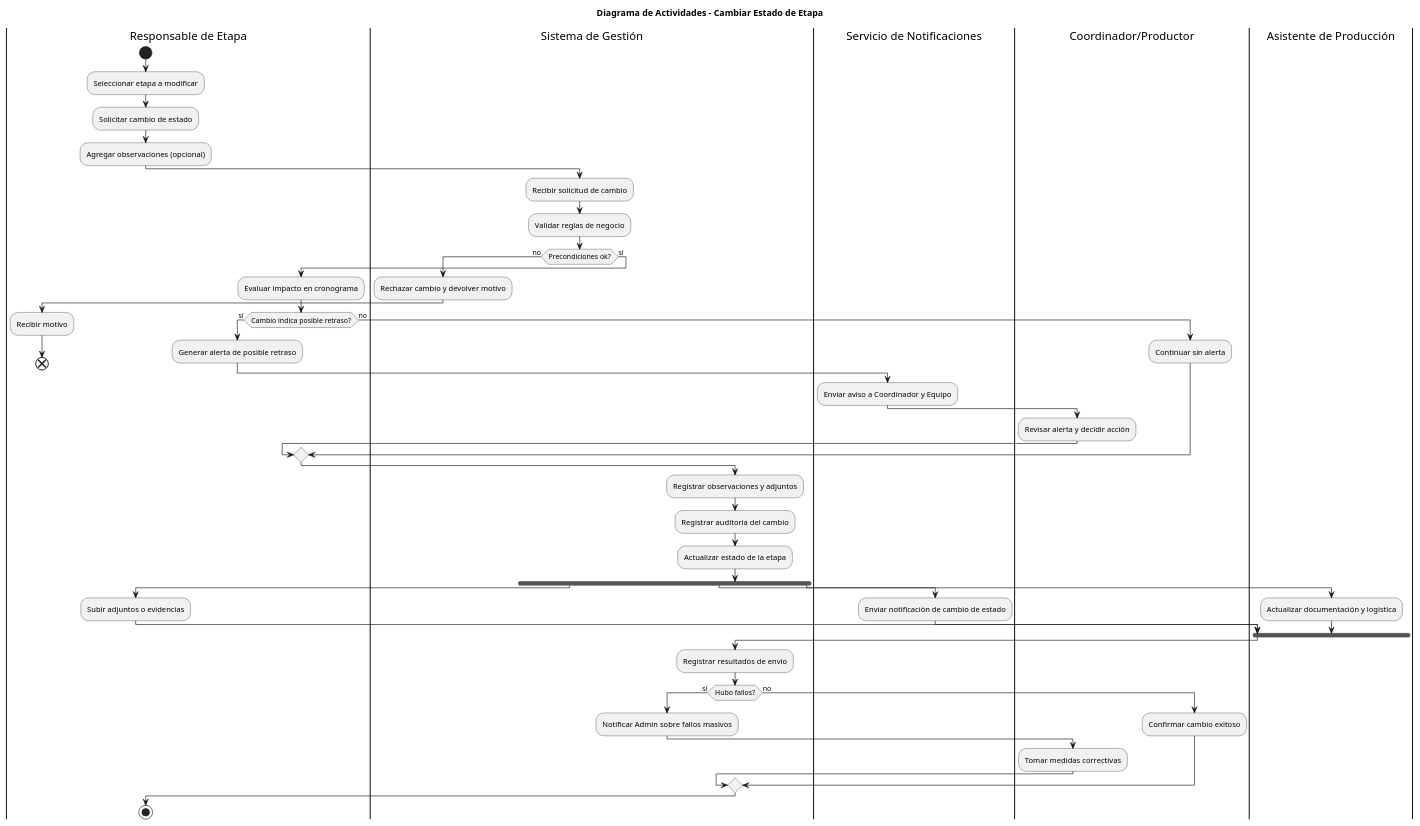
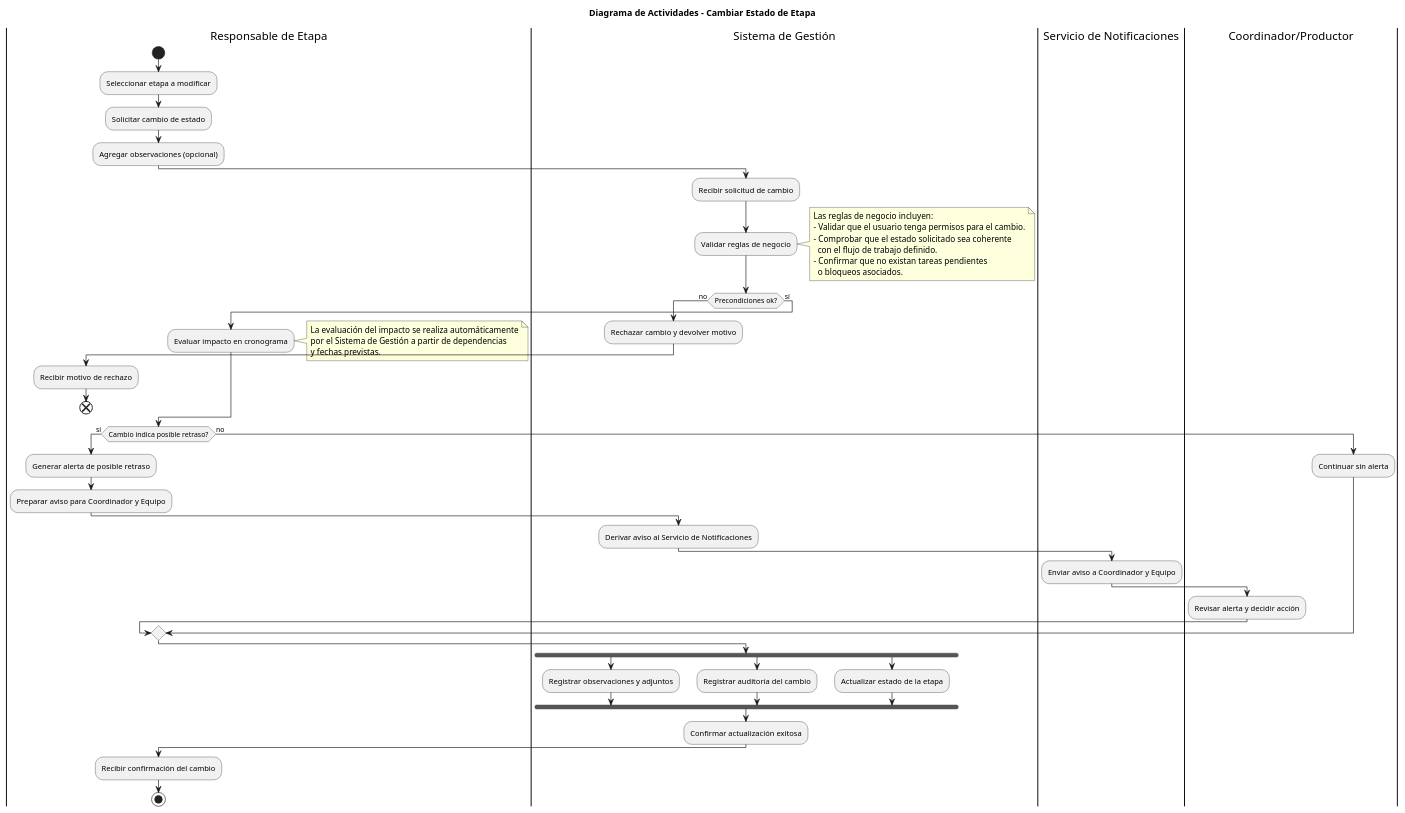
Before and after one commit to GonzaloBarbano/SistemaProductoraVideos: the diagram in diagramas/04-diagramas-actividades/04-actividad-cambiar-estado-etapa-04.puml, drawn with PlantUML. The commit also changed 6 other files, not shown here.

Commit message:
Correccion changelog-Diagramas de actividad 3,4 y5

```diff
--- a/diagramas/04-diagramas-actividades/04-actividad-cambiar-estado-etapa-04.puml
+++ b/diagramas/04-diagramas-actividades/04-actividad-cambiar-estado-etapa-04.puml
@@ -1,60 +1,62 @@
 @startuml
-title Diagrama de Actividades - Cambiar Estado de Etapa 
+title Diagrama de Actividades – Cambiar Estado de Etapa
+
 |Responsable de Etapa|
 start
 :Seleccionar etapa a modificar;
 :Solicitar cambio de estado;
 :Agregar observaciones (opcional);
 
 |Sistema de Gestión|
 :Recibir solicitud de cambio;
 :Validar reglas de negocio;
+note right
+Las reglas de negocio incluyen:
+- Validar que el usuario tenga permisos para el cambio.
+- Comprobar que el estado solicitado sea coherente
+  con el flujo de trabajo definido.
+- Confirmar que no existan tareas pendientes
+  o bloqueos asociados.
+end note
 
 if (Precondiciones ok?) then (no)
   :Rechazar cambio y devolver motivo;
   |Responsable de Etapa|
-  :Recibir motivo;
+  :Recibir motivo de rechazo;
   end
 else (sí)
   :Evaluar impacto en cronograma;
-  if (Cambio indica posible retraso?) then (sí)
-    :Generar alerta de posible retraso;
-    |Servicio de Notificaciones|
-    :Enviar aviso a Coordinador y Equipo;
-    |Coordinador/Productor|
-    :Revisar alerta y decidir acción;
-  else (no)
-    :Continuar sin alerta;
-  endif
-
-  |Sistema de Gestión|
-  :Registrar observaciones y adjuntos;
-  :Registrar auditoría del cambio;
-  :Actualizar estado de la etapa;
-
-  fork
-    |Responsable de Etapa|
-    :Subir adjuntos o evidencias;
-  fork again
-    |Servicio de Notificaciones|
-    :Enviar notificación de cambio de estado;
-  fork again
-    |Asistente de Producción|
-    :Actualizar documentación y logística;
-  end fork
-
-  |Sistema de Gestión|
-  :Registrar resultados de envío;
-
-  if (Hubo fallos?) then (sí)
-    :Notificar Admin sobre fallos masivos;
-    |Coordinador/Productor|
-    :Tomar medidas correctivas;
-  else (no)
-    :Confirmar cambio exitoso;
-  endif
+  note right
+  La evaluación del impacto se realiza automáticamente
+  por el Sistema de Gestión a partir de dependencias
+  y fechas previstas.
+  end note
 endif
 
+if (Cambio indica posible retraso?) then (sí)
+  :Generar alerta de posible retraso;
+  :Preparar aviso para Coordinador y Equipo;
+  |Sistema de Gestión|
+  :Derivar aviso al Servicio de Notificaciones;
+  |Servicio de Notificaciones|
+  :Enviar aviso a Coordinador y Equipo;
+  |Coordinador/Productor|
+  :Revisar alerta y decidir acción;
+else (no)
+  :Continuar sin alerta;
+endif
+
+|Sistema de Gestión|
+fork
+  :Registrar observaciones y adjuntos;
+fork again
+  :Registrar auditoría del cambio;
+fork again
+  :Actualizar estado de la etapa;
+end fork
+
+:Confirmar actualización exitosa;
 |Responsable de Etapa|
+:Recibir confirmación del cambio;
 stop
 @enduml
```
